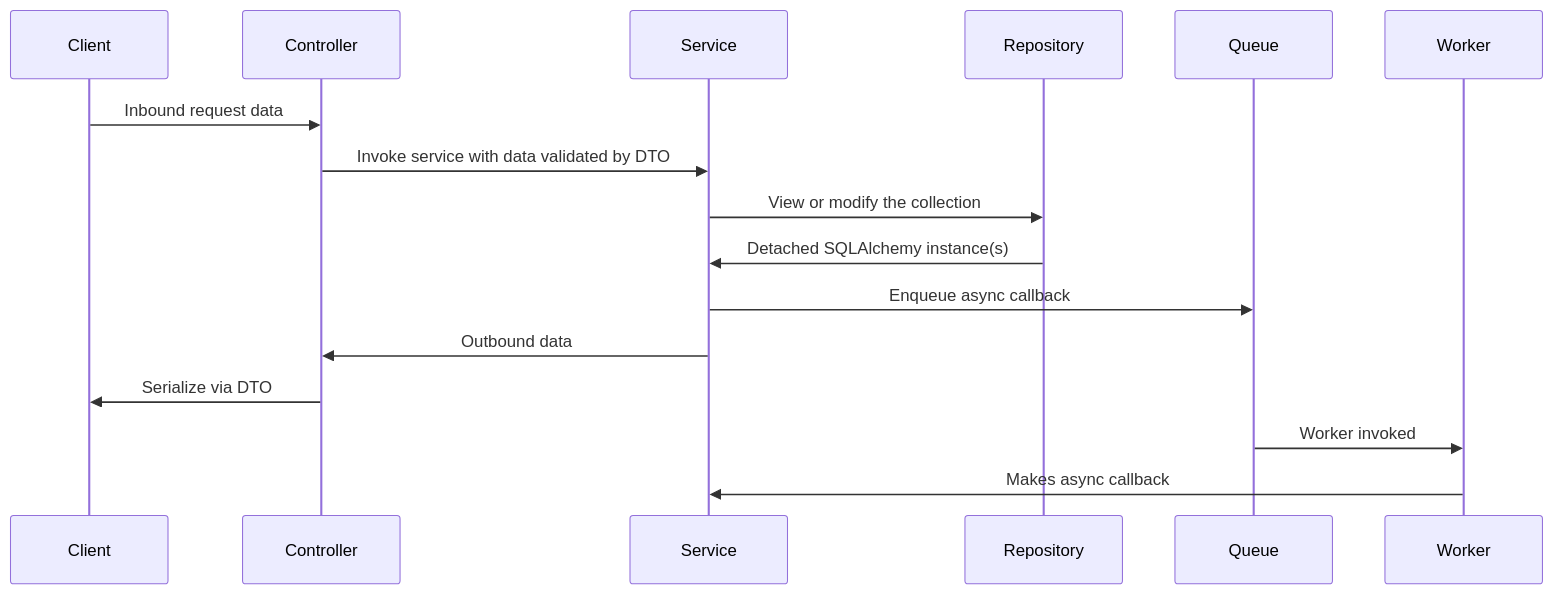
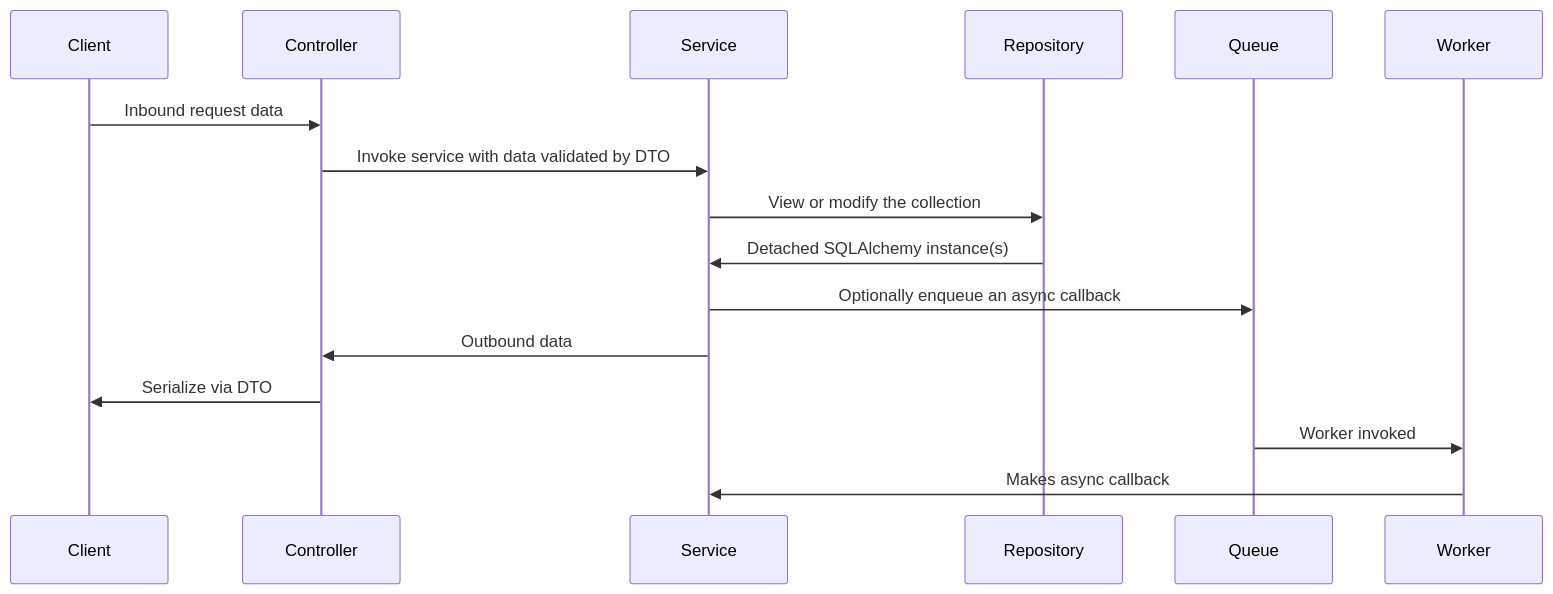
One commit to topsport-com-au/starlite-saqlalchemy changed the diagram in docs/index.md. Above: the diagram before and after it, drawn with Mermaid. The commit also changed other lines of this file and 3 other files, not shown here.

````diff
--- a/docs/index.md
+++ b/docs/index.md
@@ -17,12 +9,12 @@
 ``` mermaid
 sequenceDiagram
   Client ->> Controller: Inbound request data
   Controller ->> Service: Invoke service with data validated by DTO
   Service ->> Repository: View or modify the collection
   Repository ->> Service: Detached SQLAlchemy instance(s)
-  Service ->> Queue: Enqueue async callback
+  Service ->> Queue: Optionally enqueue an async callback
   Service ->> Controller: Outbound data
   Controller ->> Client: Serialize via DTO
   Queue ->> Worker: Worker invoked
   Worker ->> Service: Makes async callback
 ```
````
